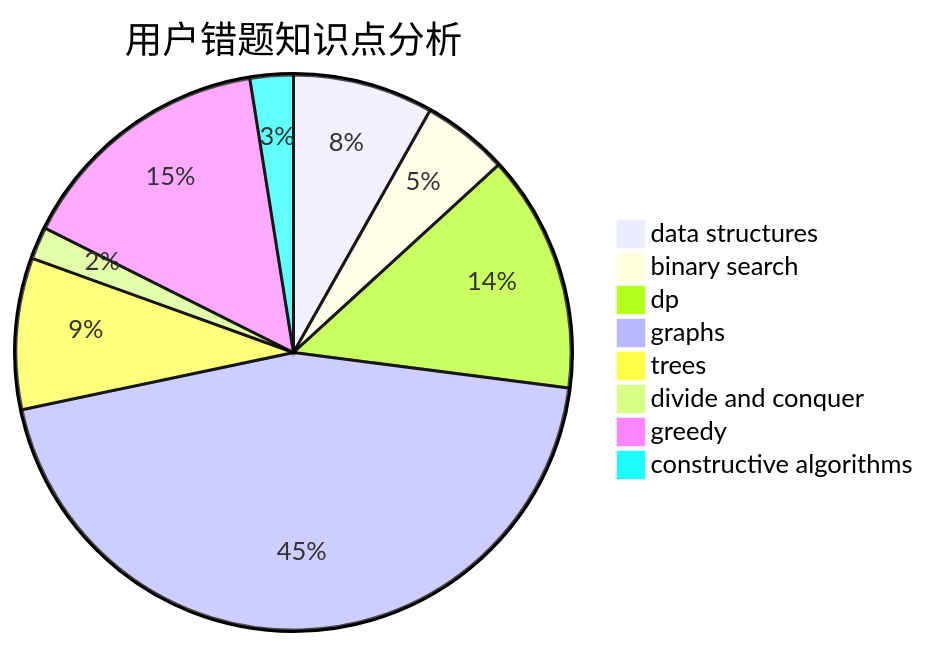
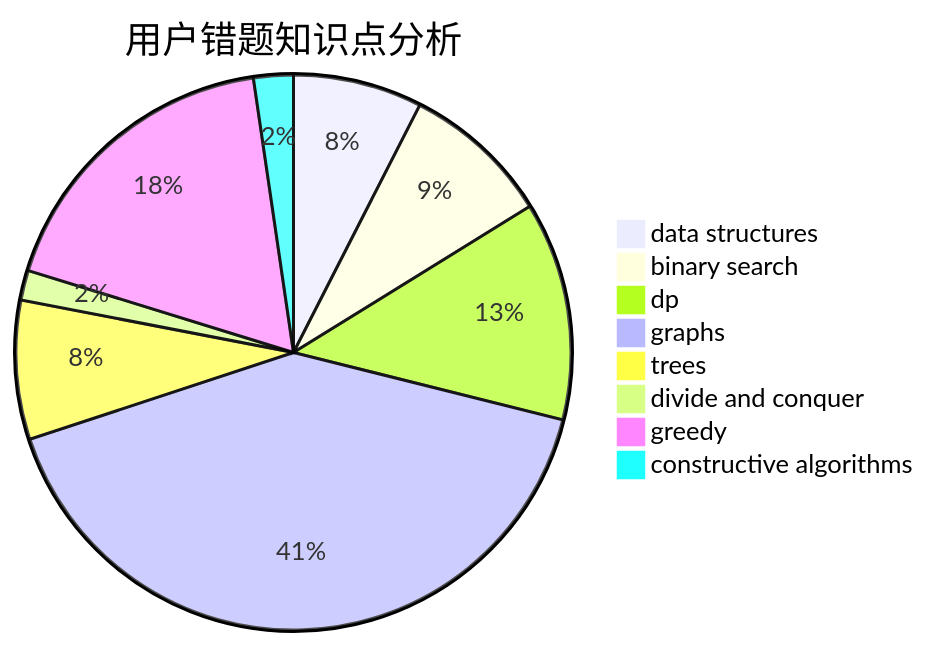
One commit to sherpahu/cfrs.github.io changed the third of 3 diagrams in docs/user/u1942.md. Above: the diagram before and after it, drawn with Mermaid. The commit also changed other lines of this file and 2770 other files, not shown here.

````diff
--- a/docs/user/u1942.md
+++ b/docs/user/u1942.md
@@ -36,11 +36,11 @@
 ```mermaid
 pie title 用户错题知识点分析
     "data structures" :  13
-    "binary search" :  8
+    "binary search" :  15
     "dp" :  22
     "graphs" :  71
     "trees" :  14
     "divide and conquer" :  3
-    "greedy" :  24
+    "greedy" :  31
     "constructive algorithms" :  4
 ```
````
